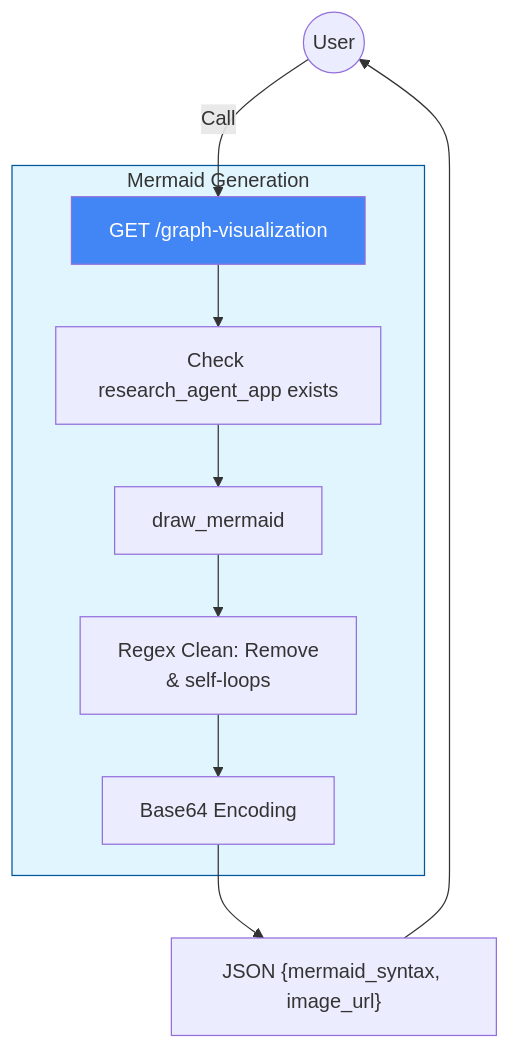
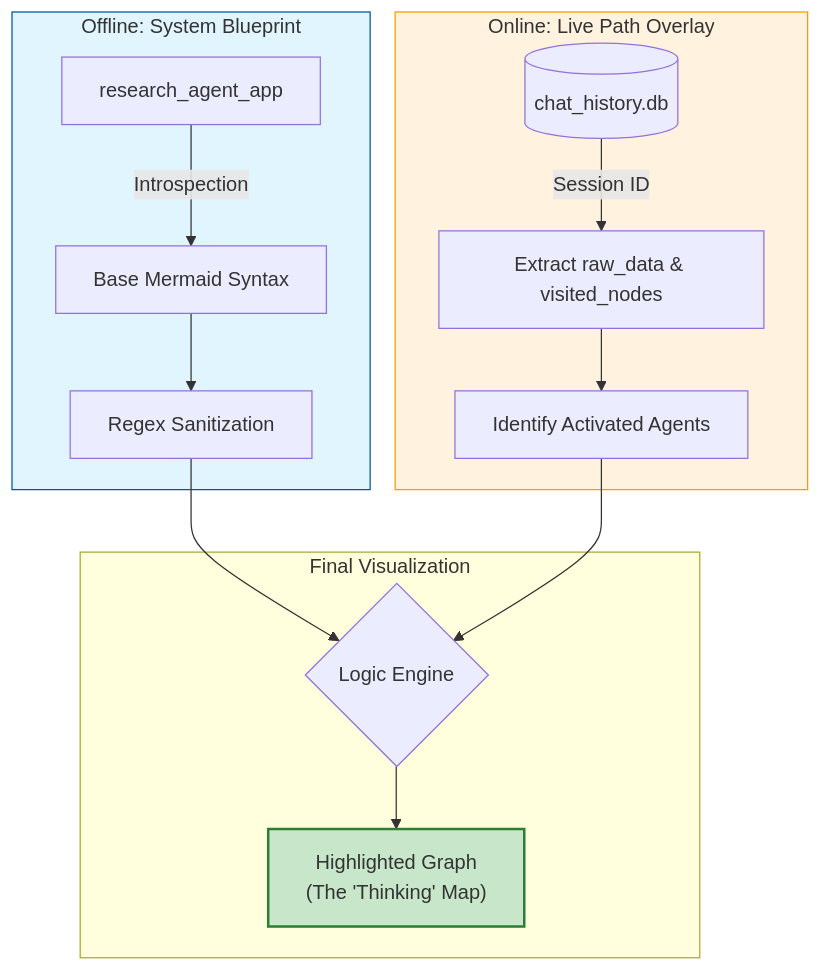
One commit to abhisakh/ResearchLLM_MultiAgent_LangGraph_RagGraph changed diagram 27 of 28 in README.md. Above: the diagram before and after it, drawn with Mermaid.

````diff
--- a/README.md
+++ b/README.md
@@ -2850,17 +2850,23 @@
 ```mermaid
 graph TD
-    User((User)) -->|Call| Viz[GET /graph-visualization]
-    
-    subgraph Logic [Mermaid Generation]
-        Viz --> Check[Check research_agent_app exists]
-        Check --> Raw[draw_mermaid]
-        Raw --> Sanitize["Regex Clean: Remove <p> & self-loops"]
-        Sanitize --> Encode[Base64 Encoding]
+    subgraph Offline_Logic [Offline: System Blueprint]
+        Code[research_agent_app] -->|Introspection| Mermaid[Base Mermaid Syntax]
+        Mermaid --> Clean[Regex Sanitization]
     end
 
-    Encode --> Final["JSON {mermaid_syntax, image_url}"]
-    Final --> User
+    subgraph Online_Logic [Online: Live Path Overlay]
+        DB[(chat_history.db)] -->|Session ID| Fetch[Extract raw_data & visited_nodes]
+        Fetch --> Path[Identify Activated Agents]
+    end
 
-    style Viz fill:#4285F4,color:#fff
-    style Logic fill:#e1f5fe,stroke:#01579b
+    subgraph Frontend_Render [Final Visualization]
+        Clean --> Combine{Logic Engine}
+        Path --> Combine
+        Combine --> Final["Highlighted Graph <br/>(The 'Thinking' Map)"]
+    end
+
+    %% Styling
+    style Offline_Logic fill:#e1f5fe,stroke:#01579b
+    style Online_Logic fill:#fff3e0,stroke:#ff9800
+    style Final fill:#c8e6c9,stroke:#2e7d32,stroke-width:2px
 ```
````
